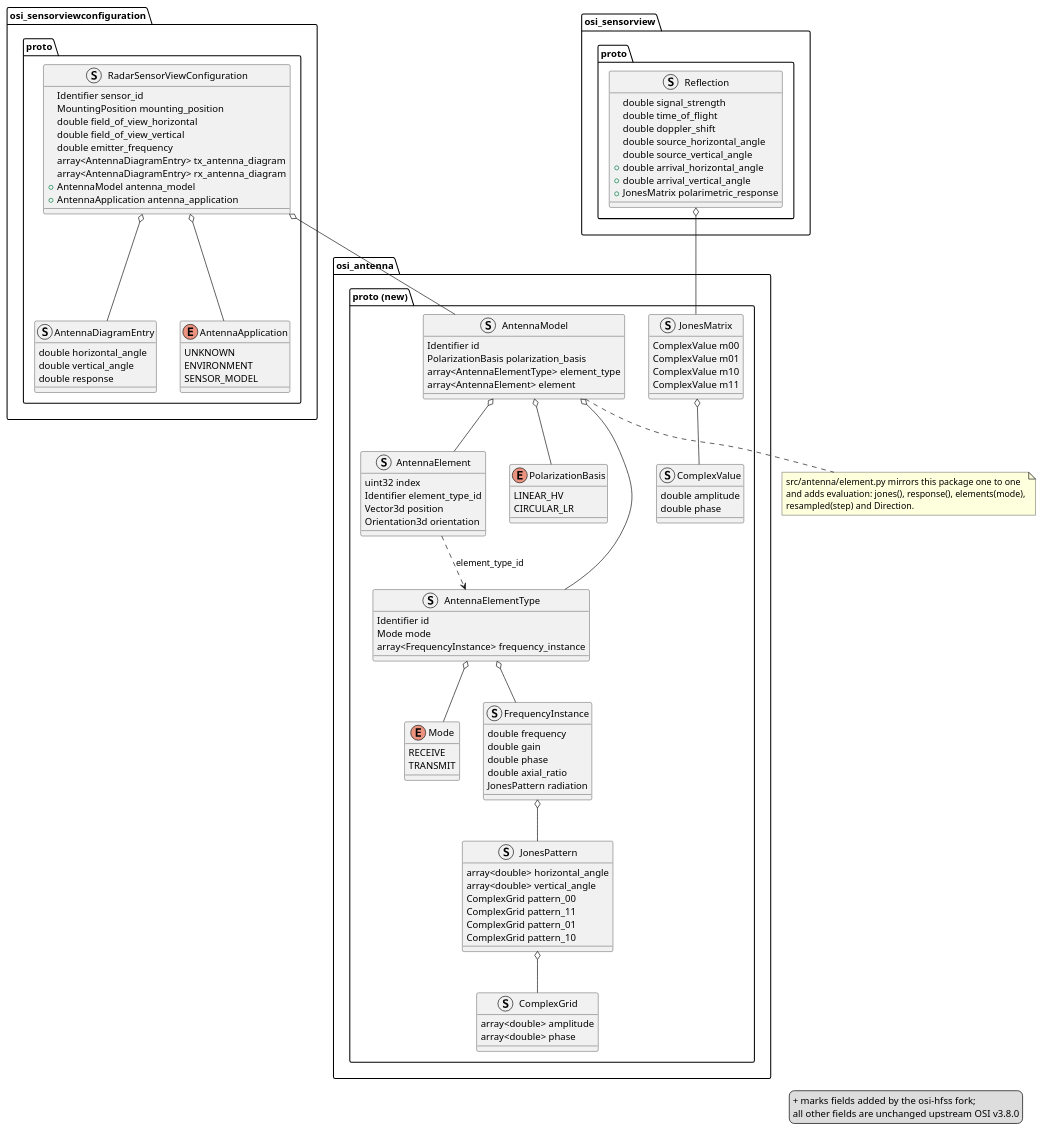
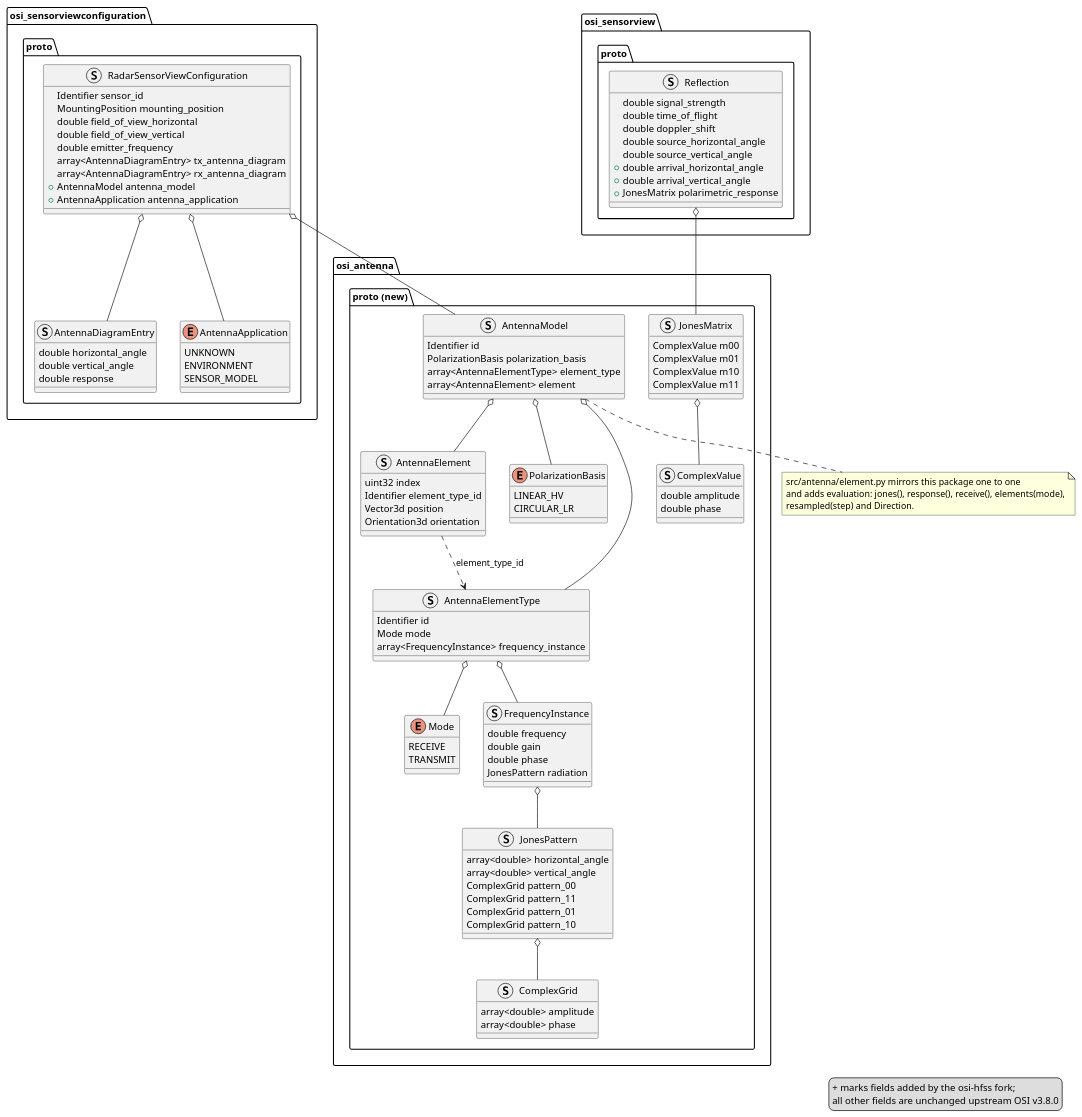
Before and after one commit to aimotive/asam-osi-hfss: the diagram in docs/osi_antenna_extension.puml, drawn with PlantUML. The commit also changed 12 other files, not shown here.

```diff
--- a/docs/osi_antenna_extension.puml
+++ b/docs/osi_antenna_extension.puml
@@ -1,133 +1,132 @@
 @startuml osi_antenna_extension
 
 package "osi_sensorviewconfiguration.proto" {
     struct RadarSensorViewConfiguration {
         Identifier sensor_id
         MountingPosition mounting_position
         double field_of_view_horizontal
         double field_of_view_vertical
         double emitter_frequency
         array<AntennaDiagramEntry> tx_antenna_diagram
         array<AntennaDiagramEntry> rx_antenna_diagram
         + AntennaModel antenna_model
         + AntennaApplication antenna_application
     }
 
     struct AntennaDiagramEntry {
         double horizontal_angle
         double vertical_angle
         double response
     }
 
     enum AntennaApplication {
         UNKNOWN
         ENVIRONMENT
         SENSOR_MODEL
     }
 }
 
 package "osi_sensorview.proto" {
     struct Reflection {
         double signal_strength
         double time_of_flight
         double doppler_shift
         double source_horizontal_angle
         double source_vertical_angle
         + double arrival_horizontal_angle
         + double arrival_vertical_angle
         + JonesMatrix polarimetric_response
     }
 }
 
 package "osi_antenna.proto (new)" {
     struct AntennaModel {
         Identifier id
         PolarizationBasis polarization_basis
         array<AntennaElementType> element_type
         array<AntennaElement> element
     }
 
     enum PolarizationBasis {
         LINEAR_HV
         CIRCULAR_LR
     }
 
     struct AntennaElementType {
         Identifier id
         Mode mode
         array<FrequencyInstance> frequency_instance
     }
 
     enum Mode {
         RECEIVE
         TRANSMIT
     }
 
     struct FrequencyInstance {
         double frequency
         double gain
         double phase
-        double axial_ratio
         JonesPattern radiation
     }
 
     struct JonesPattern {
         array<double> horizontal_angle
         array<double> vertical_angle
         ComplexGrid pattern_00
         ComplexGrid pattern_11
         ComplexGrid pattern_01
         ComplexGrid pattern_10
     }
 
     struct ComplexGrid {
         array<double> amplitude
         array<double> phase
     }
 
     struct AntennaElement {
         uint32 index
         Identifier element_type_id
         Vector3d position
         Orientation3d orientation
     }
 
     struct JonesMatrix {
         ComplexValue m00
         ComplexValue m01
         ComplexValue m10
         ComplexValue m11
     }
 
     struct ComplexValue {
         double amplitude
         double phase
     }
 }
 
 RadarSensorViewConfiguration o-- AntennaDiagramEntry
 RadarSensorViewConfiguration o-- AntennaApplication
 RadarSensorViewConfiguration o-- AntennaModel
 Reflection o-- JonesMatrix
 AntennaModel o-- PolarizationBasis
 AntennaModel o-- AntennaElementType
 AntennaModel o-- AntennaElement
 AntennaElement ..> AntennaElementType : element_type_id
 AntennaElementType o-- Mode
 AntennaElementType o-- FrequencyInstance
 FrequencyInstance o-- JonesPattern
 JonesPattern o-- ComplexGrid
 JonesMatrix o-- ComplexValue
 
 note bottom of AntennaModel
   src/antenna/element.py mirrors this package one to one
-  and adds evaluation: jones(), response(), elements(mode),
+  and adds evaluation: jones(), response(), receive(), elements(mode),
   resampled(step) and Direction.
 end note
 
 legend right
   + marks fields added by the osi-hfss fork;
   all other fields are unchanged upstream OSI v3.8.0
 endlegend
 
 @enduml
```
